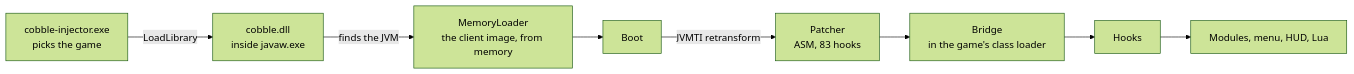
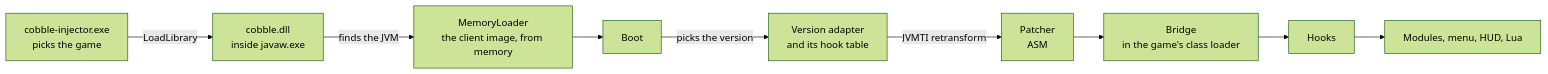
Before and after one commit to CobbleLabs/cobble-recode: the diagram in README.md, drawn with Mermaid (forest theme). The commit also changed other lines of this file and 2 other files, not shown here.

````diff
--- a/README.md
+++ b/README.md
@@ -397,10 +432,11 @@
 ```mermaid
 flowchart LR
     injector["cobble-injector.exe<br/>picks the game"] -->|LoadLibrary| dll["cobble.dll<br/>inside javaw.exe"]
     dll -->|finds the JVM| loader["MemoryLoader<br/>the client image, from memory"]
     loader --> boot["Boot"]
-    boot -->|JVMTI retransform| patcher["Patcher<br/>ASM, 83 hooks"]
+    boot -->|picks the version| adapter["Version adapter<br/>and its hook table"]
+    adapter -->|JVMTI retransform| patcher["Patcher<br/>ASM"]
     patcher --> bridge["Bridge<br/>in the game's class loader"]
     bridge --> hooks["Hooks"]
     hooks --> client["Modules, menu, HUD, Lua"]
 ```
````
